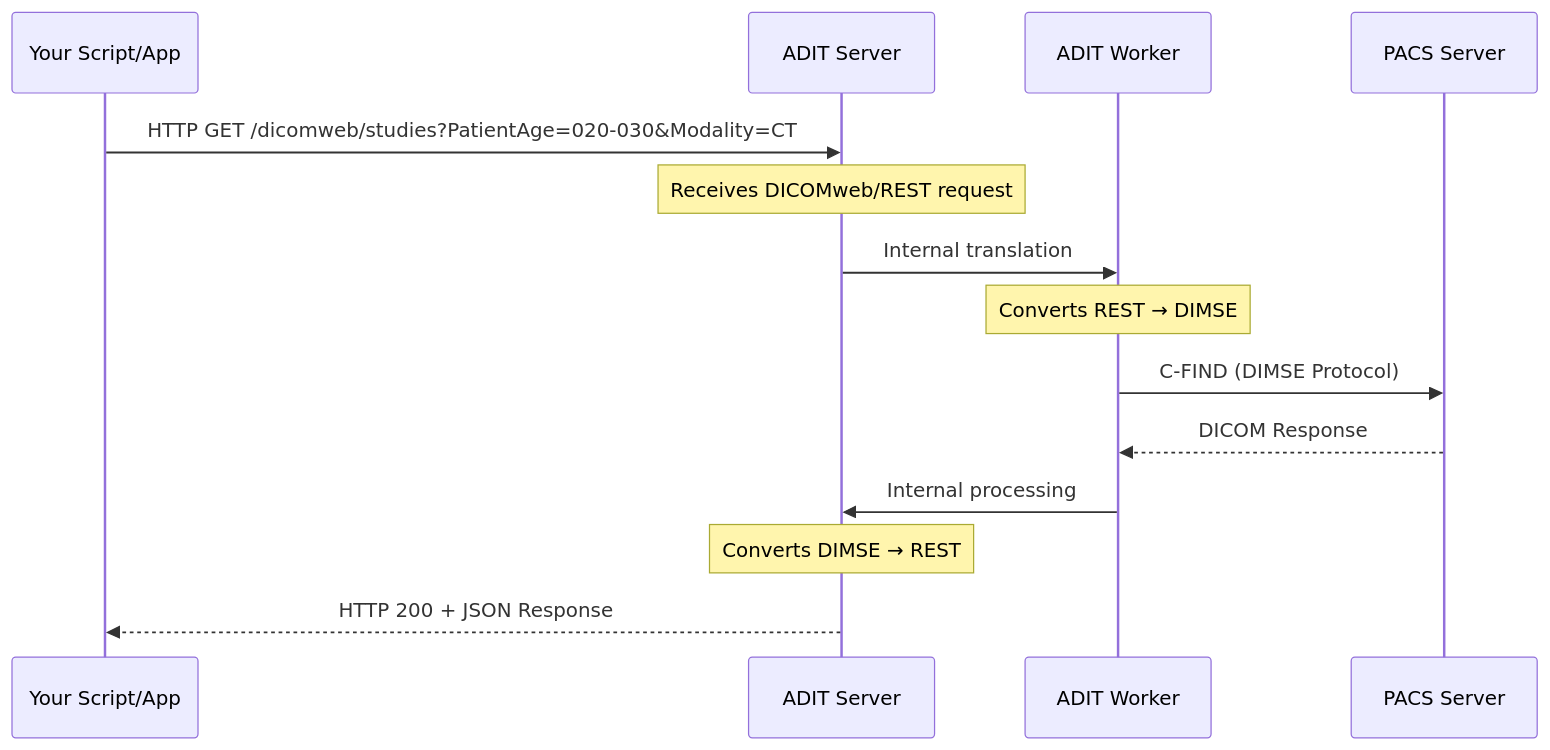
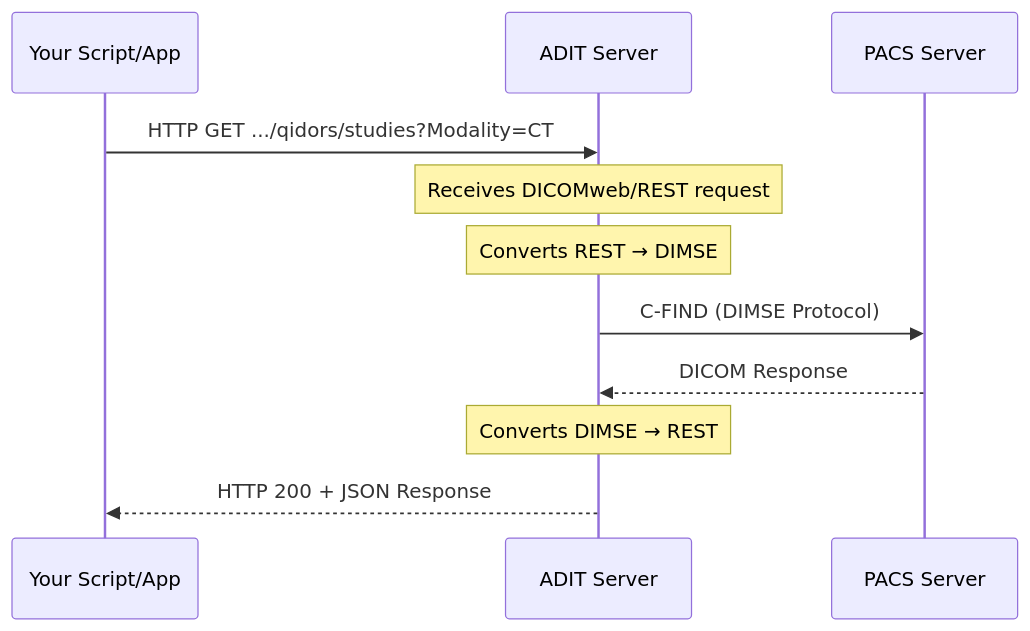
One commit to openradx/adit changed the diagram in README.md. Above: the diagram before and after it, drawn with Mermaid. The commit also changed other lines of this file and 17 other files, not shown here.

````diff
--- a/README.md
+++ b/README.md
@@ -43,21 +43,16 @@
 ```mermaid
 sequenceDiagram
     participant Client as Your Script/App
     participant ADIT as ADIT Server
-    participant Worker as ADIT Worker
     participant PACS as PACS Server
 
-    Client->>ADIT: HTTP GET /dicomweb/studies?PatientAge=020-030&Modality=CT
+    Client->>ADIT: HTTP GET .../qidors/studies?Modality=CT
     Note over ADIT: Receives DICOMweb/REST request
 
-    ADIT->>Worker: Internal translation
-    Note over Worker: Converts REST → DIMSE
+    Note over ADIT: Converts REST → DIMSE
+    ADIT->>PACS: C-FIND (DIMSE Protocol)
+    PACS-->>ADIT: DICOM Response
 
-    Worker->>PACS: C-FIND (DIMSE Protocol)
-    PACS-->>Worker: DICOM Response
-
-    Worker->>ADIT: Internal processing
     Note over ADIT: Converts DIMSE → REST
-
     ADIT-->>Client: HTTP 200 + JSON Response
 ```
````
